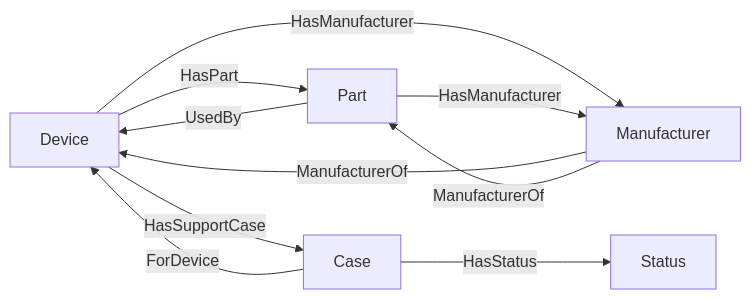
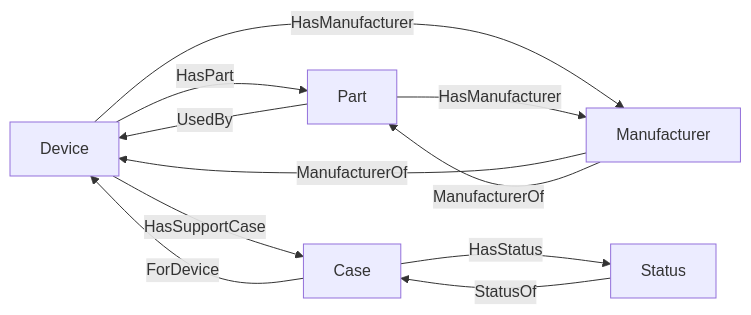
One commit to curiosity-ai/technical-support changed the diagram in README.md. Above: the diagram before and after it, drawn with Mermaid.

````diff
--- a/README.md
+++ b/README.md
@@ -54,23 +54,25 @@
 ```mermaid
 graph LR
 
     %% Nodes
     Device["Device"]
     Part["Part"]
     SupportCase["Case"]
     Status["Status"]
     Manufacturer["Manufacturer"]
 
     Device -->|HasPart| Part
     Device -->|HasSupportCase| SupportCase
     Device -->|HasManufacturer| Manufacturer
 
     Part -->|UsedBy| Device
     Part -->|HasManufacturer| Manufacturer
 
     SupportCase -->|ForDevice| Device
     SupportCase -->|HasStatus| Status
 
+    Status -->|StatusOf| SupportCase
+
     Manufacturer -->|ManufacturerOf| Device
     Manufacturer -->|ManufacturerOf| Part
 ```
````
